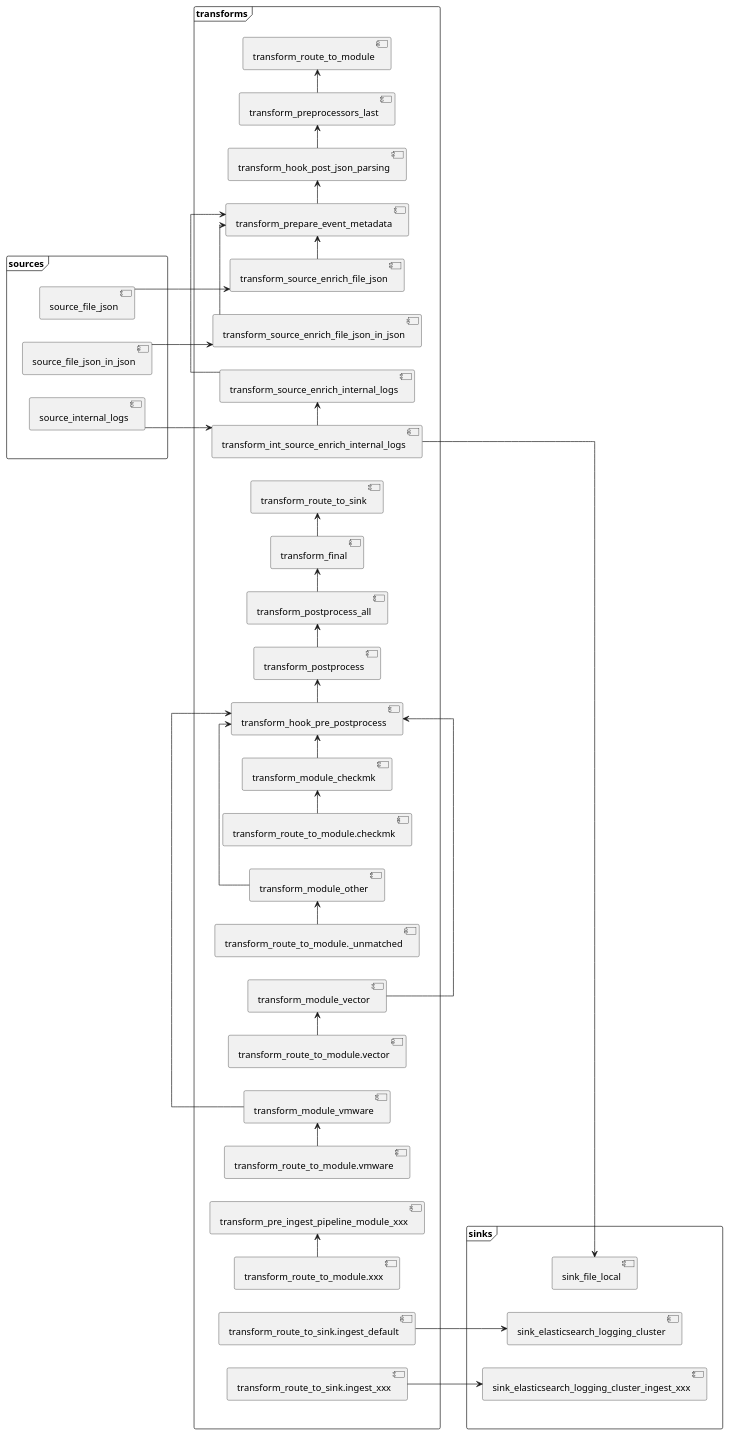
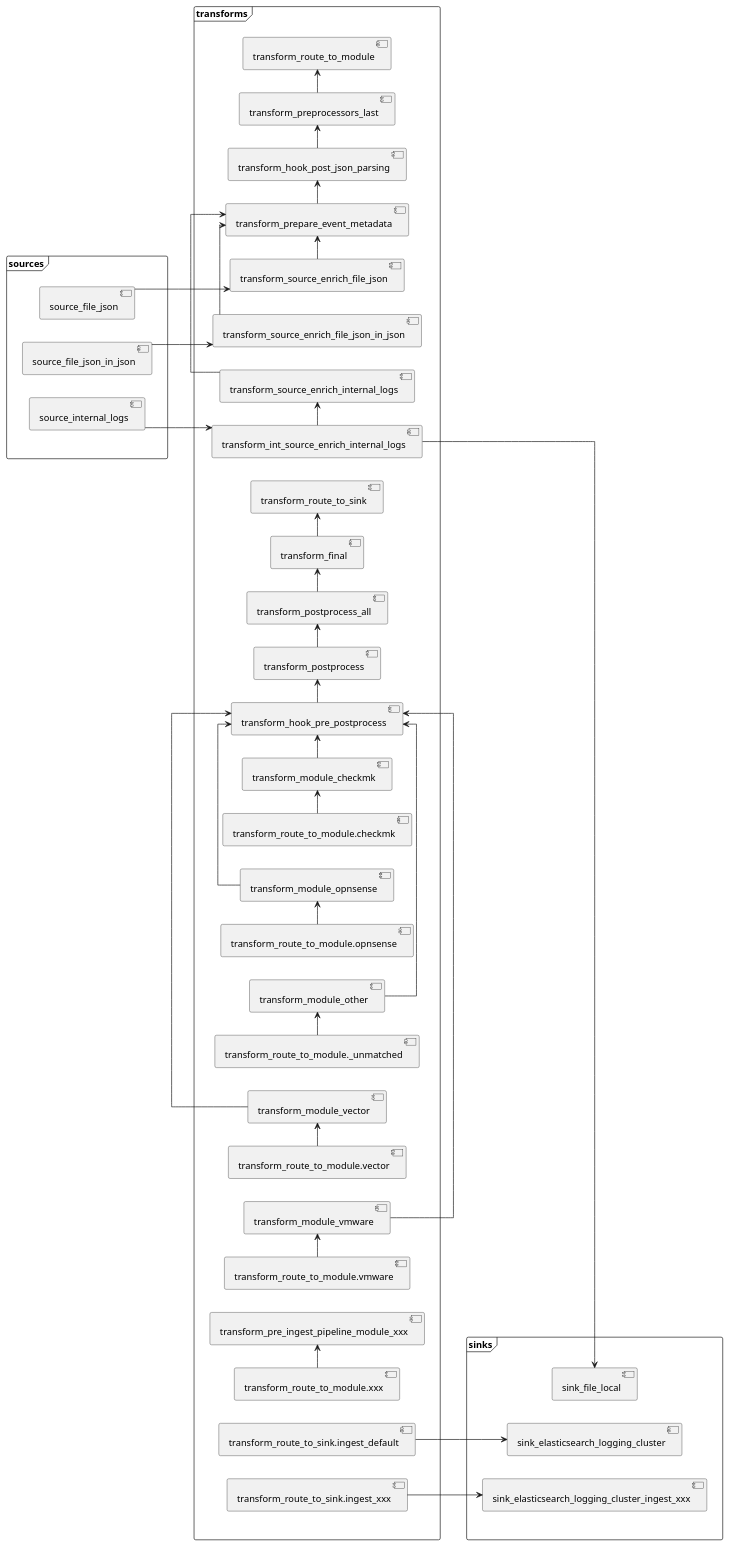
Before and after one commit to ypid/event-processing-framework: the diagram in docs/aggregator.puml, drawn with PlantUML. The commit also changed 7 other files, not shown here.

Commit message:
feat: add opnsense module

```diff
--- a/docs/aggregator.puml
+++ b/docs/aggregator.puml
@@ -1,76 +1,80 @@
 @startuml
 ' The following is generated by gen_component_diagram, all changes will be lost.
 left to right direction
 skinparam linetype ortho
 
 frame sources {
     component source_file_json
     component source_file_json_in_json
     component source_internal_logs
 }
 
 frame transforms {
     component transform_final
     component transform_hook_post_json_parsing
     component transform_hook_pre_postprocess
     component transform_int_source_enrich_internal_logs
     component transform_module_checkmk
+    component transform_module_opnsense
     component transform_module_other
     component transform_module_vector
     component transform_module_vmware
     component transform_postprocess
     component transform_postprocess_all
     component transform_pre_ingest_pipeline_module_xxx
     component transform_prepare_event_metadata
     component transform_preprocessors_last
     component transform_route_to_module
     component transform_route_to_module._unmatched
     component transform_route_to_module.checkmk
+    component transform_route_to_module.opnsense
     component transform_route_to_module.vector
     component transform_route_to_module.vmware
     component transform_route_to_module.xxx
     component transform_route_to_sink
     component transform_route_to_sink.ingest_default
     component transform_route_to_sink.ingest_xxx
     component transform_source_enrich_file_json
     component transform_source_enrich_file_json_in_json
     component transform_source_enrich_internal_logs
 }
 
 frame sinks {
     component sink_elasticsearch_logging_cluster
     component sink_elasticsearch_logging_cluster_ingest_xxx
     component sink_file_local
 }
 
 sources -[hidden]-> transforms
 transforms -[hidden]-> sinks
 
 source_file_json -> transform_source_enrich_file_json
 source_file_json_in_json -> transform_source_enrich_file_json_in_json
 transform_int_source_enrich_internal_logs -> transform_source_enrich_internal_logs
 transform_final -> transform_route_to_sink
 source_internal_logs -> transform_int_source_enrich_internal_logs
 transform_source_enrich_file_json -> transform_prepare_event_metadata
 transform_source_enrich_file_json_in_json -> transform_prepare_event_metadata
 transform_source_enrich_internal_logs -> transform_prepare_event_metadata
 transform_hook_post_json_parsing -> transform_preprocessors_last
 transform_hook_pre_postprocess -> transform_postprocess
 transform_postprocess -> transform_postprocess_all
 transform_route_to_module.checkmk -> transform_module_checkmk
+transform_route_to_module.opnsense -> transform_module_opnsense
 transform_route_to_module._unmatched -> transform_module_other
 transform_route_to_module.vector -> transform_module_vector
 transform_route_to_module.vmware -> transform_module_vmware
 transform_route_to_module.xxx -> transform_pre_ingest_pipeline_module_xxx
 transform_prepare_event_metadata -> transform_hook_post_json_parsing
 transform_preprocessors_last -> transform_route_to_module
 transform_module_checkmk -> transform_hook_pre_postprocess
+transform_module_opnsense -> transform_hook_pre_postprocess
 transform_module_other -> transform_hook_pre_postprocess
 transform_module_vector -> transform_hook_pre_postprocess
 transform_module_vmware -> transform_hook_pre_postprocess
 transform_postprocess_all -> transform_final
 transform_route_to_sink.ingest_default -> sink_elasticsearch_logging_cluster
 transform_route_to_sink.ingest_xxx -> sink_elasticsearch_logging_cluster_ingest_xxx
 transform_int_source_enrich_internal_logs -> sink_file_local
 
 @enduml
```
